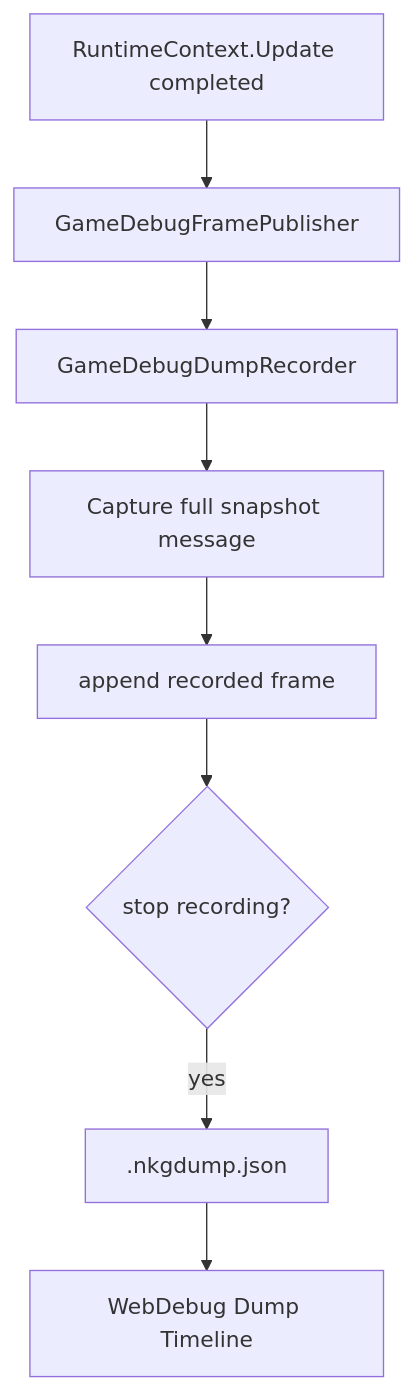
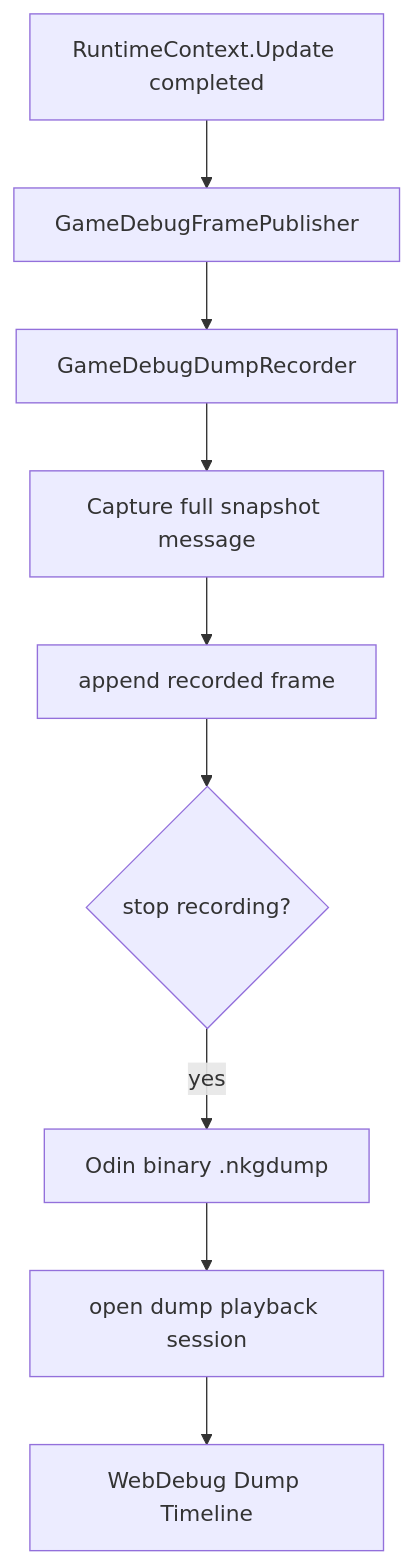
The eighth of 10 diagrams in docs/debug-and-dump.md (wqaetly/NKGGameFramework), drawn with Mermaid before and after one commit. The commit also changed other lines of this file and 12 other files, not shown here.

````diff
--- a/docs/debug-and-dump.md
+++ b/docs/debug-and-dump.md
@@ -300,10 +300,11 @@
 ```mermaid
 flowchart TD
     Frame["RuntimeContext.Update completed"] --> Publisher["GameDebugFramePublisher"]
     Publisher --> Recorder["GameDebugDumpRecorder"]
     Recorder --> Capture["Capture full snapshot message"]
     Capture --> Frames["append recorded frame"]
     Frames --> Stop{"stop recording?"}
-    Stop -->|yes| Json[".nkgdump.json"]
-    Json --> Web["WebDebug Dump Timeline"]
+    Stop -->|yes| Binary["Odin binary .nkgdump"]
+    Binary --> Playback["open dump playback session"]
+    Playback --> Web["WebDebug Dump Timeline"]
 ```
````
